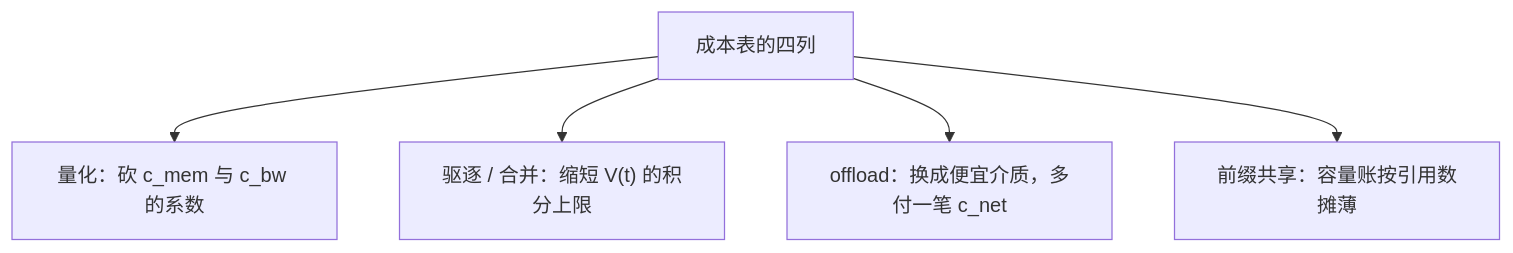
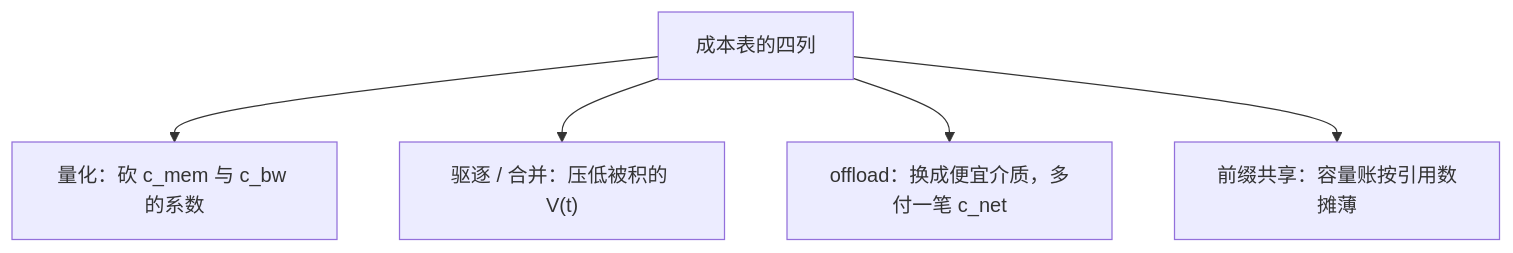
Before and after one commit to xhongduo-tech/xhongduo-tech.github.io: the second of 2 diagrams in docs/llm/kv-cost-model.md, drawn with Mermaid. The commit also changed other lines of this file and 2 other files, not shown here.

Commit message:
Content review llm-066: fix KV integral wording, P99 rank, DistServe dual framing, LoRA matrix orientation.

````diff
--- a/docs/llm/kv-cost-model.md
+++ b/docs/llm/kv-cost-model.md
@@ -56,7 +56,7 @@
 ```mermaid
 flowchart TD
   BILL["成本表的四列"] --> Q["量化：砍 c_mem 与 c_bw 的系数"]
-  BILL --> E["驱逐 / 合并：缩短 V(t) 的积分上限"]
+  BILL --> E["驱逐 / 合并：压低被积的 V(t)"]
   BILL --> O["offload：换成便宜介质，多付一笔 c_net"]
   BILL --> P["前缀共享：容量账按引用数摊薄"]
 ```
````
